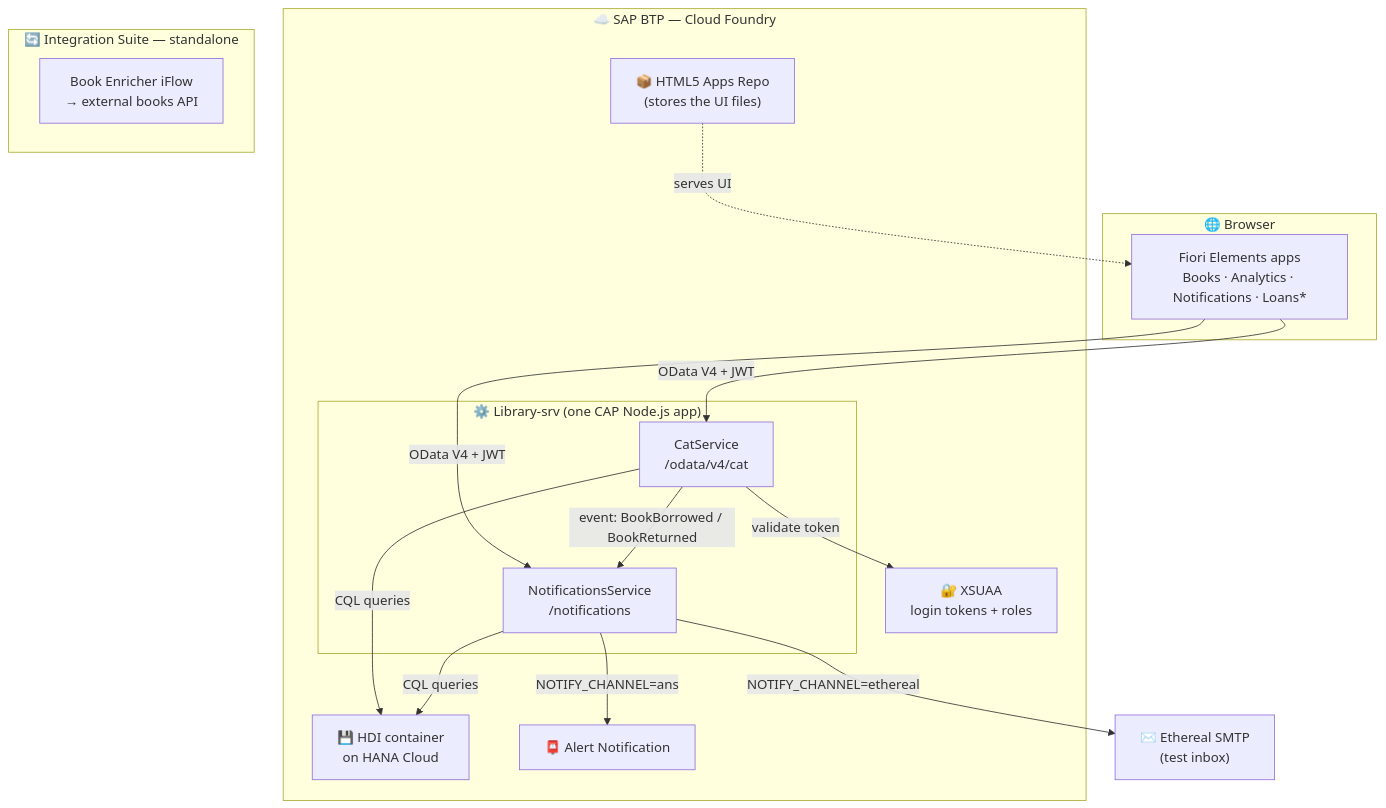
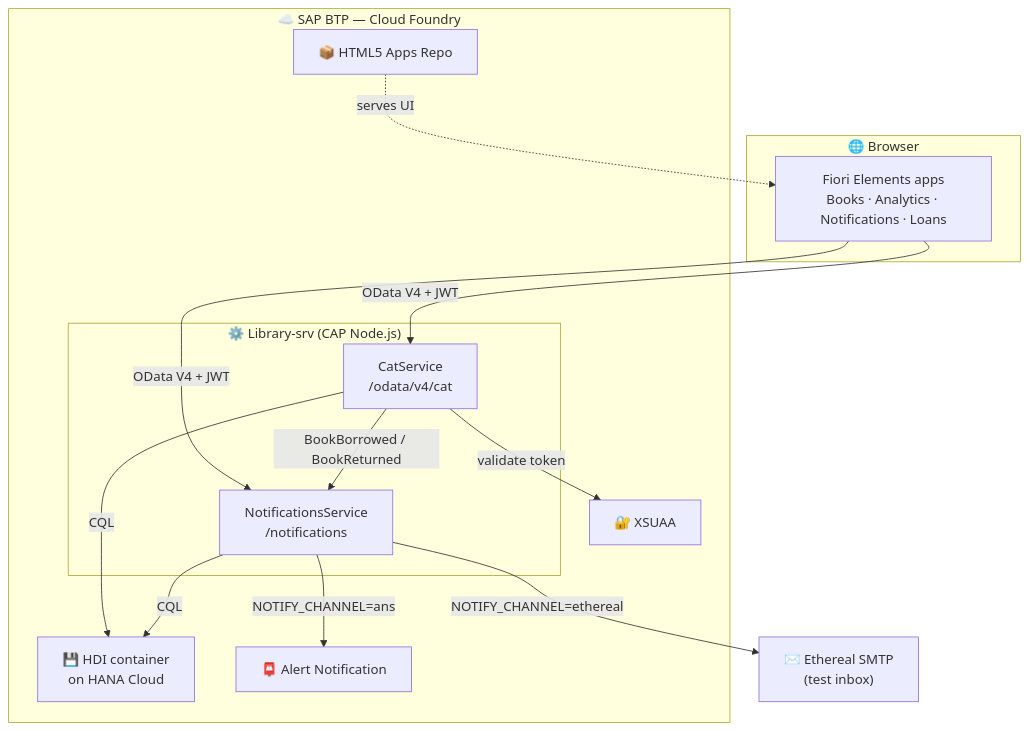
The diagram in README.md (dhruv37502005/Library), drawn with Mermaid before and after one commit. The commit also changed other lines of this file, not shown here.

````diff
--- a/README.md
+++ b/README.md
@@ -97,33 +33,29 @@
 ```mermaid
 flowchart TB
     subgraph Client["🌐 Browser"]
-        FE["Fiori Elements apps<br/>Books · Analytics · Notifications · Loans*"]
+        FE["Fiori Elements apps<br/>Books · Analytics · Notifications · Loans"]
     end
 
     subgraph BTP["☁️ SAP BTP — Cloud Foundry"]
-        REPO["📦 HTML5 Apps Repo<br/>(stores the UI files)"]
-        subgraph SRVAPP["⚙️ Library-srv  (one CAP Node.js app)"]
+        REPO["📦 HTML5 Apps Repo"]
+        subgraph SRVAPP["⚙️ Library-srv (CAP Node.js)"]
             CAT["CatService<br/>/odata/v4/cat"]
             NOTIF["NotificationsService<br/>/notifications"]
         end
-        XSUAA["🔐 XSUAA<br/>login tokens + roles"]
+        XSUAA["🔐 XSUAA"]
         HDI["💾 HDI container<br/>on HANA Cloud"]
         ANS["📮 Alert Notification"]
     end
 
     MAIL["✉️ Ethereal SMTP<br/>(test inbox)"]
 
-    subgraph CPI["🔄 Integration Suite — standalone"]
-        IFLOW["Book Enricher iFlow<br/>→ external books API"]
-    end
-
     REPO -. serves UI .-> FE
     FE -->|OData V4 + JWT| CAT
     FE -->|OData V4 + JWT| NOTIF
     CAT -->|validate token| XSUAA
-    CAT -->|CQL queries| HDI
-    CAT -->|event: BookBorrowed / BookReturned| NOTIF
-    NOTIF -->|CQL queries| HDI
+    CAT -->|CQL| HDI
+    CAT -->|BookBorrowed / BookReturned| NOTIF
+    NOTIF -->|CQL| HDI
     NOTIF -->|NOTIFY_CHANNEL=ethereal| MAIL
     NOTIF -->|NOTIFY_CHANNEL=ans| ANS
 ```
````
